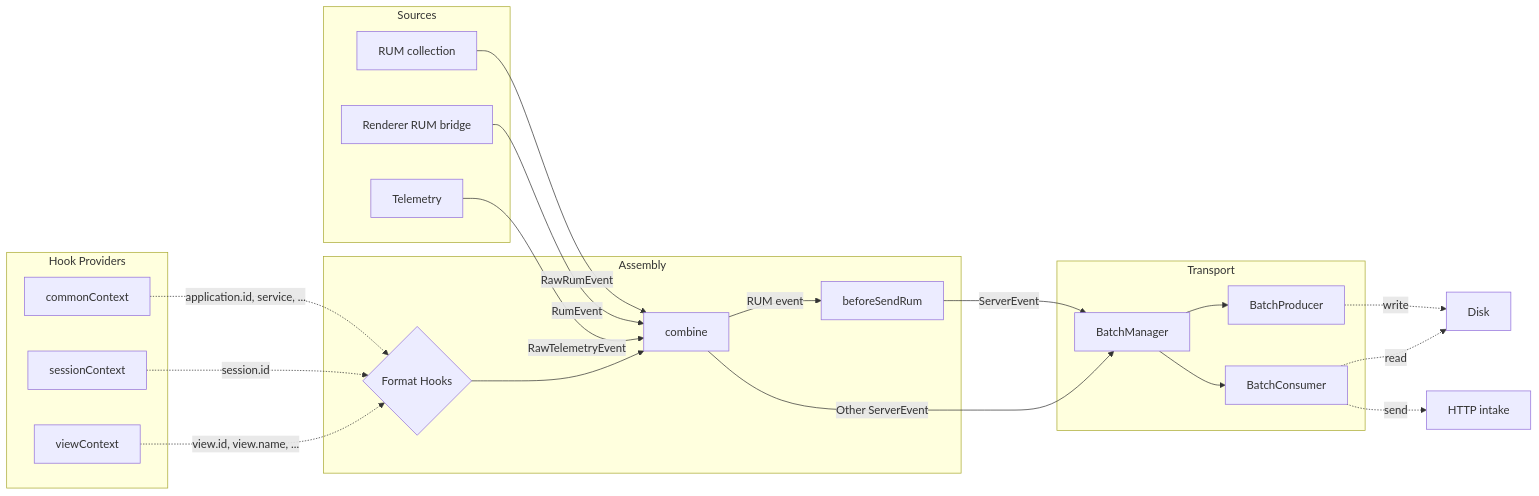
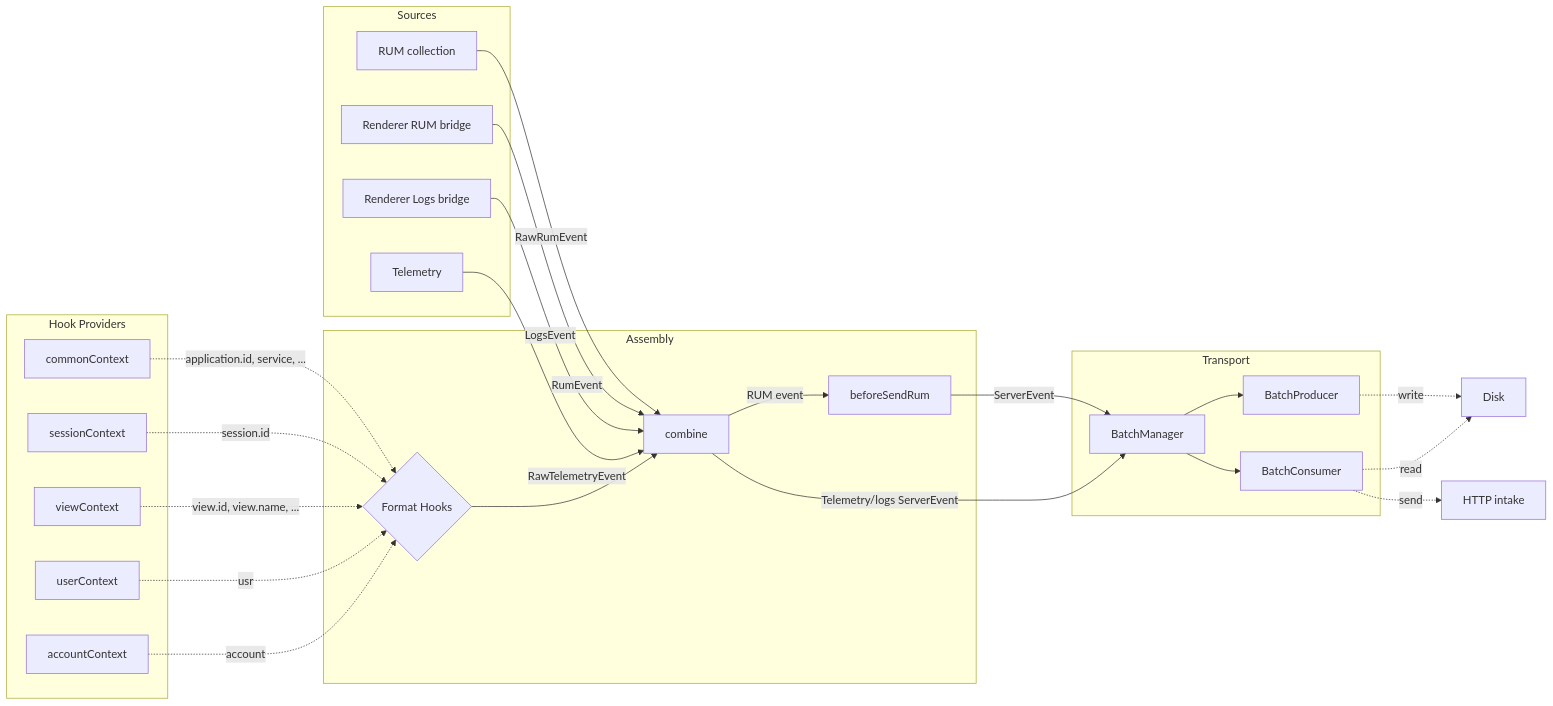
One commit to DataDog/electron-sdk changed the second of 2 diagrams in docs/ARCHITECTURE.md. Above: the diagram before and after it, drawn with Mermaid. The commit also changed other lines of this file and 7 other files, not shown here.

````diff
--- a/docs/ARCHITECTURE.md
+++ b/docs/ARCHITECTURE.md
@@ -59,42 +59,48 @@
 ```mermaid
 flowchart LR
     subgraph Sources
         RUM[RUM collection]
         RRUM[Renderer RUM bridge]
+        RLOGS[Renderer Logs bridge]
         TEL[Telemetry]
     end
 
     subgraph Assembly
         HOOKS{Format Hooks}
         COMBINE[combine]
         BEFORE_SEND[beforeSendRum]
     end
 
     subgraph "Hook Providers"
         CC[commonContext]
         SC[sessionContext]
         VC[viewContext]
+        UC[userContext]
+        AC[accountContext]
     end
 
     subgraph Transport
         BM[BatchManager]
         BP[BatchProducer]
         BC[BatchConsumer]
     end
 
     RUM -- RawRumEvent --> COMBINE
     RRUM -- RumEvent --> COMBINE
+    RLOGS -- LogsEvent --> COMBINE
     TEL -- RawTelemetryEvent --> COMBINE
     CC -. "application.id, service, ..." .-> HOOKS
     SC -. "session.id" .-> HOOKS
     VC -. "view.id, view.name, ..." .-> HOOKS
+    UC -. "usr" .-> HOOKS
+    AC -. "account" .-> HOOKS
     HOOKS --> COMBINE
     COMBINE -- RUM event --> BEFORE_SEND
     BEFORE_SEND -- ServerEvent --> BM
-    COMBINE -- Other ServerEvent --> BM
+    COMBINE -- Telemetry/logs ServerEvent --> BM
     BM --> BP
     BM --> BC
     BP -. "write" .-> DISK[Disk]
     BC -. "read" .-> DISK[Disk]
     BC -. "send" .-> INT[HTTP intake]
 ```
````
